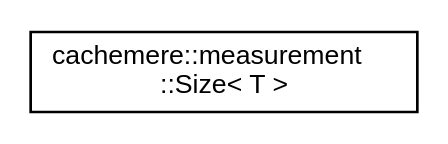
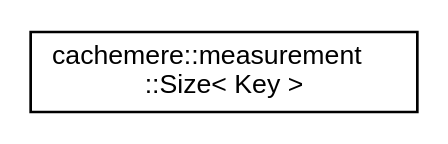
The diagram in docs/inherit_graph_4.dot (coveooss/cachemere), drawn with Graphviz before and after one commit. The commit also changed 154 other files, not shown here.

```diff
--- a/docs/inherit_graph_4.dot
+++ b/docs/inherit_graph_4.dot
@@ -1,8 +1,8 @@
 digraph "Graphical Class Hierarchy"
 {
  // LATEX_PDF_SIZE
   edge [fontname="Helvetica",fontsize="10",labelfontname="Helvetica",labelfontsize="10"];
   node [fontname="Helvetica",fontsize="10",shape=record];
   rankdir="LR";
-  Node0 [label="cachemere::measurement\l::Size\< T \>",height=0.2,width=0.4,color="black", fillcolor="white", style="filled",URL="$structcachemere_1_1measurement_1_1Size.html",tooltip="Get the size of an object via a user-defined size() method."];
+  Node0 [label="cachemere::measurement\l::Size\< Key \>",height=0.2,width=0.4,color="black", fillcolor="white", style="filled",URL="$structcachemere_1_1measurement_1_1Size.html",tooltip=" "];
 }
```
